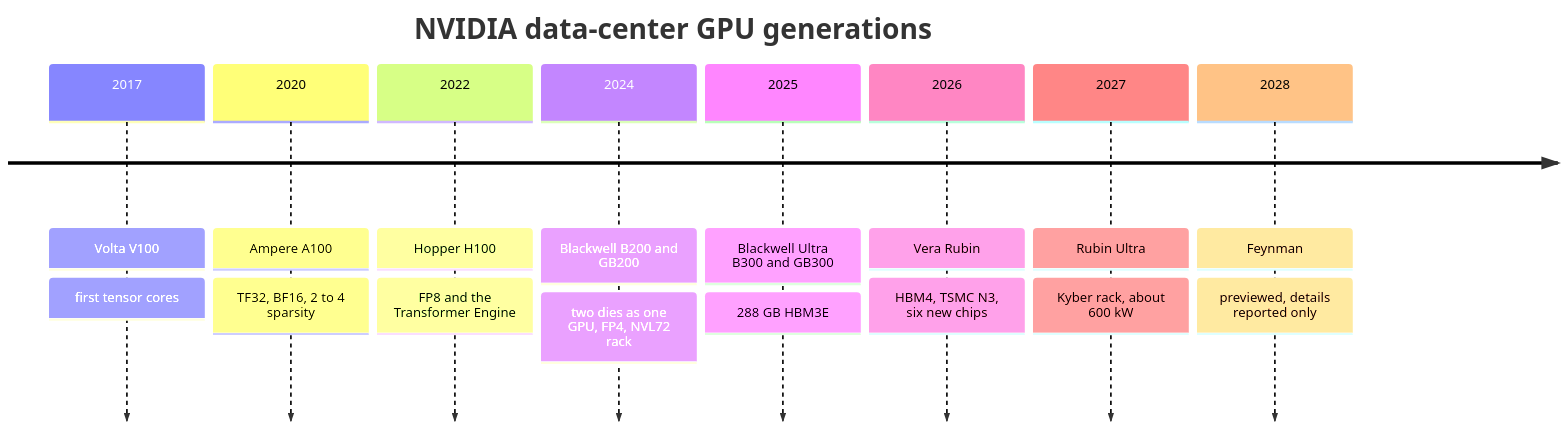
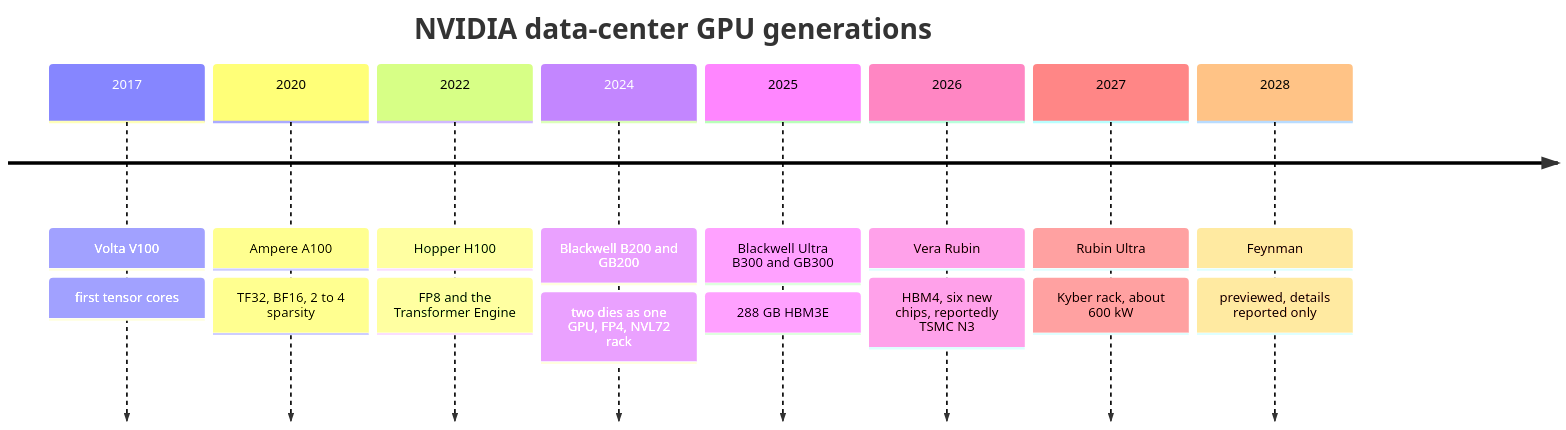
The second of 6 diagrams in ai-book/chapters/35-ai-chip-industry.md (mcichael1-eng/Leash-Holder-2), drawn with Mermaid before and after one commit. The commit also changed other lines of this file and 71 other files, not shown here.

````diff
--- a/ai-book/chapters/35-ai-chip-industry.md
+++ b/ai-book/chapters/35-ai-chip-industry.md
@@ -102,12 +102,12 @@
 ```mermaid
 timeline
     title NVIDIA data-center GPU generations
     2017 : Volta V100 : first tensor cores
     2020 : Ampere A100 : TF32, BF16, 2 to 4 sparsity
     2022 : Hopper H100 : FP8 and the Transformer Engine
     2024 : Blackwell B200 and GB200 : two dies as one GPU, FP4, NVL72 rack
     2025 : Blackwell Ultra B300 and GB300 : 288 GB HBM3E
-    2026 : Vera Rubin : HBM4, TSMC N3, six new chips
+    2026 : Vera Rubin : HBM4, six new chips, reportedly TSMC N3
     2027 : Rubin Ultra : Kyber rack, about 600 kW
     2028 : Feynman : previewed, details reported only
 ```
````
